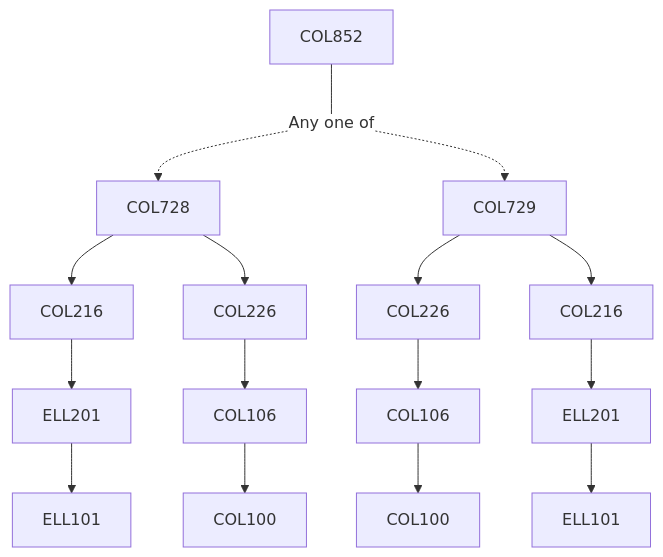
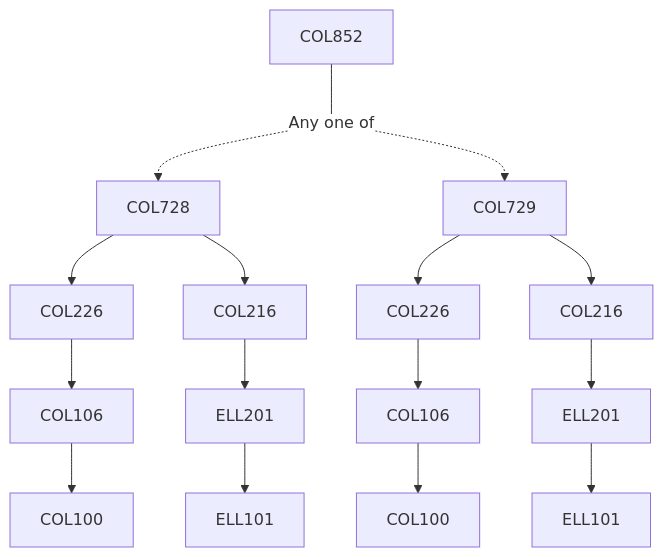
One commit to KeshavBansal0122/CoS_Website changed the diagram in content/Computer Science and Engineering/COL852.md. Above: the diagram before and after it, drawn with Mermaid. The commit also changed other lines of this file and 2667 other files, not shown here.

````diff
--- a/content/Computer Science and Engineering/COL852.md
+++ b/content/Computer Science and Engineering/COL852.md
@@ -15,22 +13,22 @@
 ```mermaid
 flowchart TD
-COL852-518[COL852]
-COL852-518 --- Or519[Any one of]:::empty
-COL106-520 --> COL100-520[COL100]
-COL216-520 --> ELL201-520[ELL201]
-ELL201-520 --> ELL101-520[ELL101]
-Or519 -.-> COL728-520[COL728]
-COL728-520 --> COL216-520[COL216]
-COL728-520 --> COL226-520[COL226]
-COL226-520 --> COL106-520[COL106]
-COL226-521 --> COL106-521[COL106]
-Or519 -.-> COL729-521[COL729]
-COL729-521 --> COL226-521[COL226]
-COL216-521 --> ELL201-521[ELL201]
-COL106-521 --> COL100-521[COL100]
-COL729-521 --> COL216-521[COL216]
-ELL201-521 --> ELL101-521[ELL101]
+COL852-939[COL852]
+COL852-939 --- Or940[Any one of]:::empty
+COL728-941 --> COL226-941[COL226]
+Or940 -.-> COL728-941[COL728]
+COL216-941 --> ELL201-941[ELL201]
+COL728-941 --> COL216-941[COL216]
+COL226-941 --> COL106-941[COL106]
+COL106-941 --> COL100-941[COL100]
+ELL201-941 --> ELL101-941[ELL101]
+ELL201-942 --> ELL101-942[ELL101]
+COL106-942 --> COL100-942[COL100]
+Or940 -.-> COL729-942[COL729]
+COL729-942 --> COL226-942[COL226]
+COL216-942 --> ELL201-942[ELL201]
+COL226-942 --> COL106-942[COL106]
+COL729-942 --> COL216-942[COL216]
 
 classDef empty height:17px, fill:transparent, stroke:transparent;
 classDef trueEmpty height:0px, width:0px;
 ```
````
